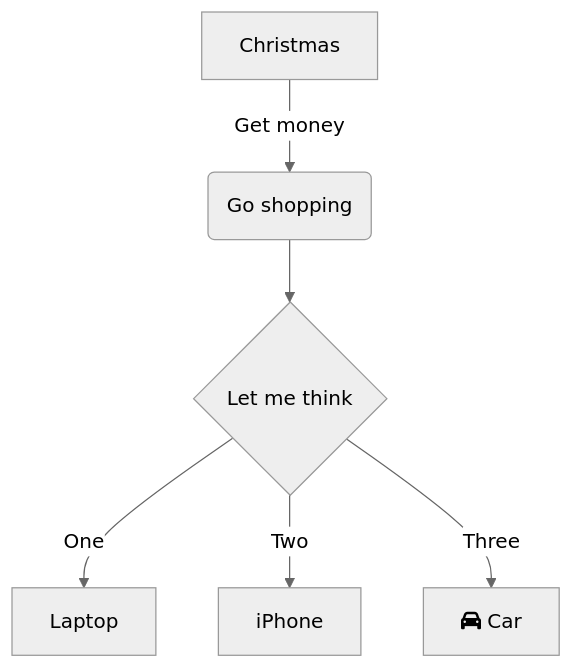
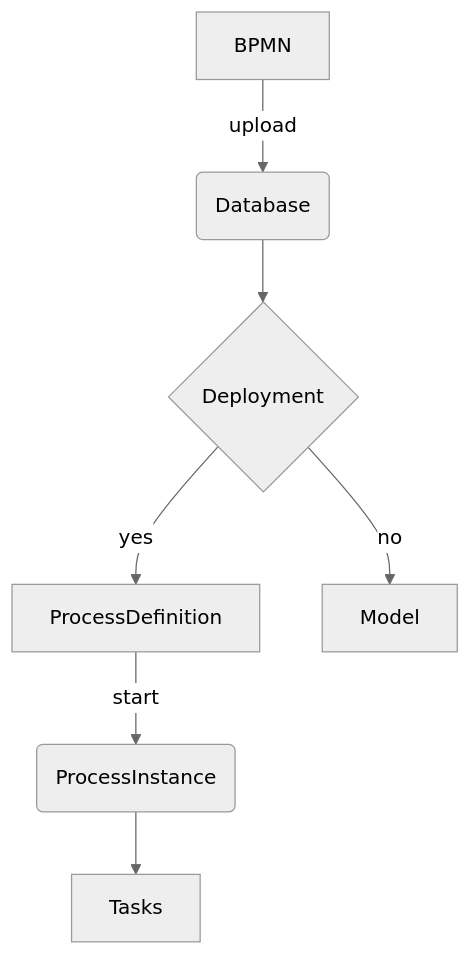
One commit to notthatbad1996/activiti7-demo changed the diagram in README.MD. Above: the diagram before and after it, drawn with Mermaid (neutral theme).

Commit message:
doc：update README.MD

````diff
--- a/README.MD
+++ b/README.MD
@@ -13,8 +13,8 @@
 ```mermaid
 graph TD
-    A[Christmas] -->|Get money| B(Go shopping)
-    B --> C{Let me think}
-    C -->|One| D[Laptop]
-    C -->|Two| E[iPhone]
-    C -->|Three| F[fa:fa-car Car]
+    A[BPMN] -->|upload| B(Database)
+    B --> C{Deployment}
+    C -->|yes| D[ProcessDefinition]
+    C -->|no| E[Model]
+    D --> |start| F(ProcessInstance) --> G[Tasks]
 ```
````
